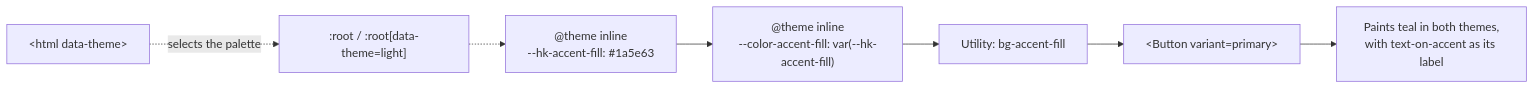
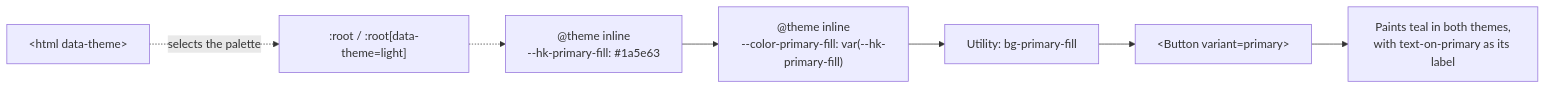
The diagram in docs/system-architecture/ui-ux-design-system.md (Ahmedshawky770/HAKAWI), drawn with Mermaid before and after one commit. The commit also changed other lines of this file and 7 other files, not shown here.

````diff
--- a/docs/system-architecture/ui-ux-design-system.md
+++ b/docs/system-architecture/ui-ux-design-system.md
@@ -784,9 +810,9 @@
 ```mermaid
 flowchart LR
-  A["@theme inline<br/>--hk-accent-fill: #1a5e63"] --> B["@theme inline<br/>--color-accent-fill: var(--hk-accent-fill)"]
-  B --> C["Utility: bg-accent-fill"]
+  A["@theme inline<br/>--hk-primary-fill: #1a5e63"] --> B["@theme inline<br/>--color-primary-fill: var(--hk-primary-fill)"]
+  B --> C["Utility: bg-primary-fill"]
   D["&lt;html data-theme&gt;"] -.->|"selects the palette"| E[":root / :root[data-theme=light]"]
   E -.-> A
   C --> F["&lt;Button variant=primary&gt;"]
-  F --> G["Paints teal in both themes,<br/>with text-on-accent as its label"]
+  F --> G["Paints teal in both themes,<br/>with text-on-primary as its label"]
 ```
````
